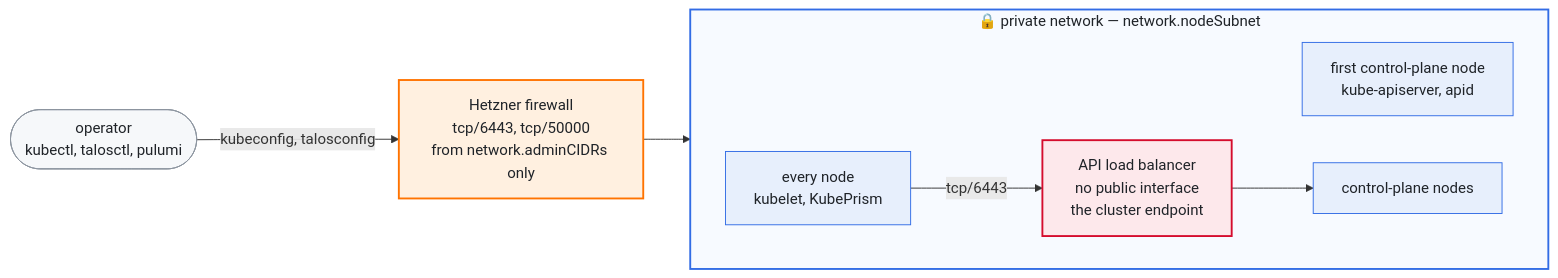
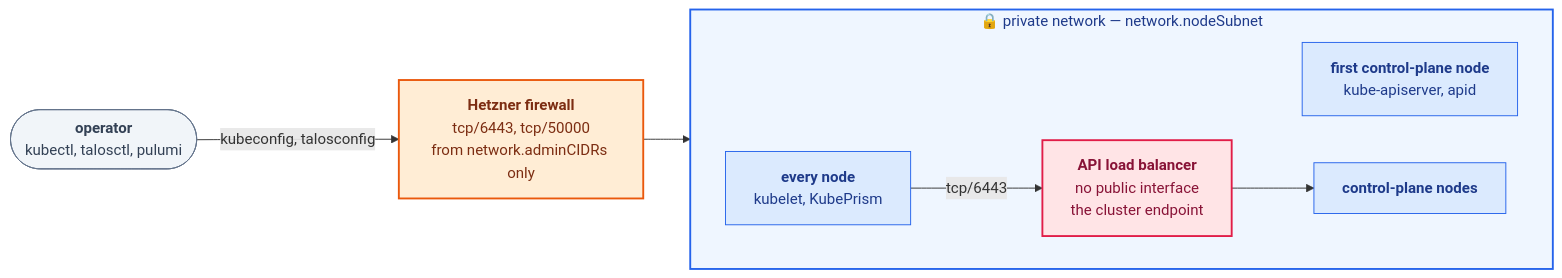
The second of 2 diagrams in docs/networking.md (oleg-tkachuk/hetzner-iac), drawn with Mermaid before and after one commit. The commit also changed other lines of this file and 2 other files, not shown here.

Commit message:
docs(diagrams): give the diagrams saturated fills and bold titles
The pale near-white fills read as grey. Each hue keeps its meaning — Hetzner
red, Talos orange, Kubernetes blue, Pulumi violet — as a light fill with a
stroke and text of the same hue, and each node's first line is bold.

````diff
--- a/docs/networking.md
+++ b/docs/networking.md
@@ -165,31 +165,31 @@
 ```mermaid
 flowchart LR
     %% Same palette as the diagram above.
-    classDef outside fill:#f6f8fa,stroke:#8c959f,stroke-width:1px,color:#1f2328
-    classDef edge fill:#fde8eb,stroke:#d50c2d,stroke-width:2px,color:#1f2328
-    classDef inside fill:#e7effc,stroke:#326ce5,stroke-width:1px,color:#1f2328
-    classDef gate fill:#fff0e0,stroke:#ff7300,stroke-width:2px,color:#1f2328
+    classDef outside fill:#F1F5F9,stroke:#64748B,stroke-width:1px,color:#334155
+    classDef edge fill:#FFE4E6,stroke:#E11D48,stroke-width:2px,color:#881337
+    classDef inside fill:#DBEAFE,stroke:#2563EB,stroke-width:1px,color:#1E3A8A
+    classDef gate fill:#FFEDD5,stroke:#EA580C,stroke-width:2px,color:#7C2D12
 
-    operator(["operator<br/>kubectl, talosctl, pulumi"])
-    fw["Hetzner firewall<br/>tcp/6443, tcp/50000<br/>from network.adminCIDRs only"]
+    operator(["<b>operator</b><br/>kubectl, talosctl, pulumi"])
+    fw["<b>Hetzner firewall</b><br/>tcp/6443, tcp/50000<br/>from network.adminCIDRs only"]
 
     subgraph private["🔒 private network — network.nodeSubnet"]
         direction LR
-        cp0["first control-plane node<br/>kube-apiserver, apid"]
-        nodes["every node<br/>kubelet, KubePrism"]
-        apilb["API load balancer<br/>no public interface<br/>the cluster endpoint"]
-        cps["control-plane nodes"]
+        cp0["<b>first control-plane node</b><br/>kube-apiserver, apid"]
+        nodes["<b>every node</b><br/>kubelet, KubePrism"]
+        apilb["<b>API load balancer</b><br/>no public interface<br/>the cluster endpoint"]
+        cps["<b>control-plane nodes</b>"]
     end
 
     operator -->|"kubeconfig, talosconfig"| fw
     fw --> cp0
     nodes -->|"tcp/6443"| apilb
     apilb --> cps
 
     class operator outside
     class fw gate
     class apilb edge
     class cp0,nodes,cps inside
 
-    style private fill:#f7faff,stroke:#326ce5,stroke-width:2px,color:#1f2328
+    style private fill:#EFF6FF,stroke:#2563EB,stroke-width:2px,color:#1E3A8A
 ```
````
